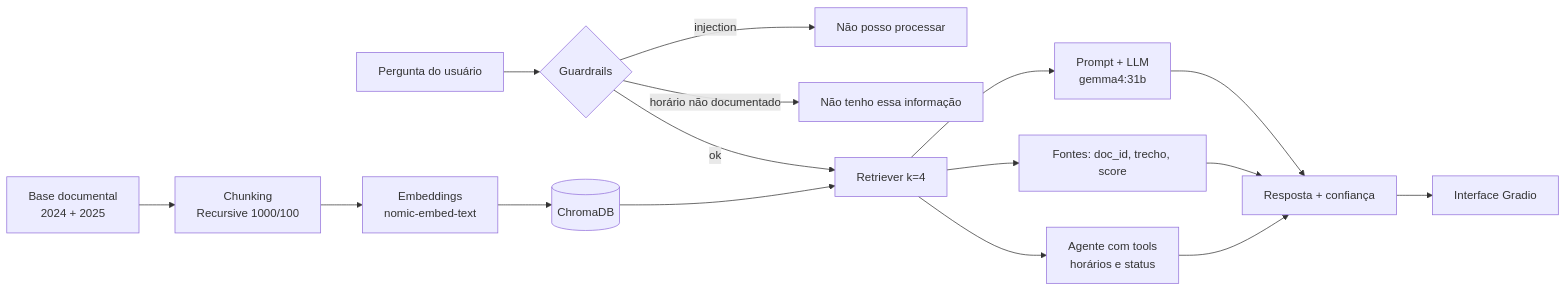
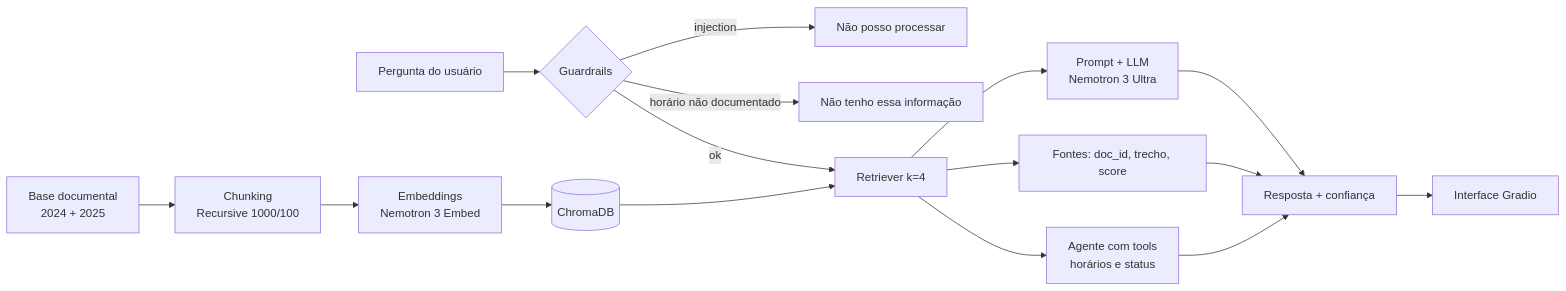
Before and after one commit to rafaelclins/gs-2026.2: the diagram in README.md, drawn with Mermaid. The commit also changed other lines of this file and 6 other files, not shown here.

````diff
--- a/README.md
+++ b/README.md
@@ -36,21 +36,21 @@
 ```mermaid
 flowchart LR
     A[Base documental<br/>2024 + 2025] --> B[Chunking<br/>Recursive 1000/100]
-    B --> C[Embeddings<br/>nomic-embed-text]
+    B --> C[Embeddings<br/>Nemotron 3 Embed]
     C --> D[(ChromaDB)]
 
     E[Pergunta do usuário] --> F{Guardrails}
     F -->|injection| G[Não posso processar]
     F -->|horário não documentado| H[Não tenho essa informação]
     F -->|ok| I[Retriever k=4]
 
     D --> I
-    I --> J[Prompt + LLM<br/>gemma4:31b]
+    I --> J[Prompt + LLM<br/>Nemotron 3 Ultra]
     I --> K[Fontes: doc_id, trecho, score]
     J --> L[Resposta + confiança]
     K --> L
 
     I --> M[Agente com tools<br/>horários e status]
     M --> L
     L --> N[Interface Gradio]
 ```
````
